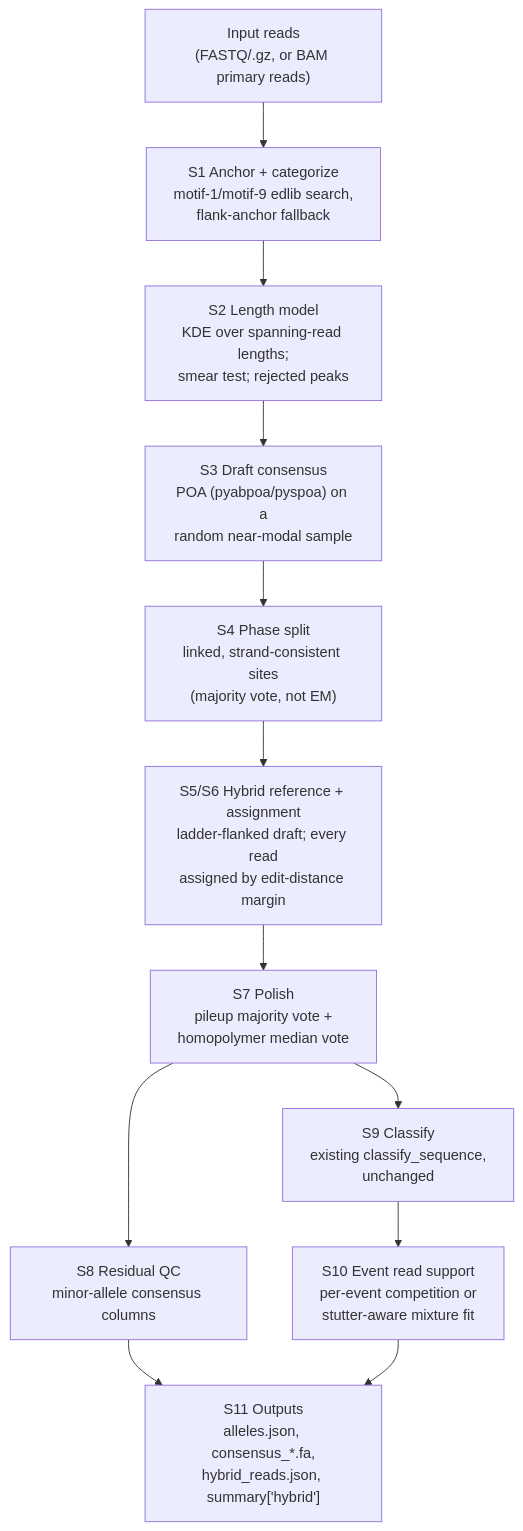
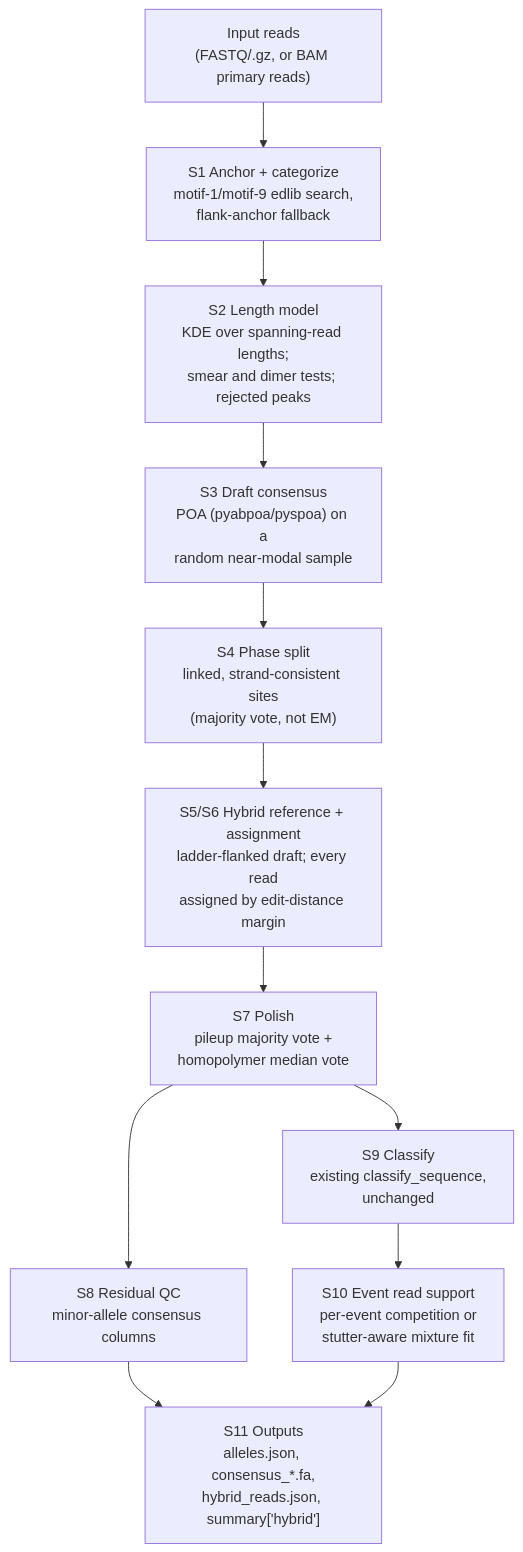
One commit to berntpopp/MucOneSpan changed the third of 3 diagrams in docs/getting-started/concepts.md. Above: the diagram before and after it, drawn with Mermaid. The commit also changed other lines of this file and 16 other files, not shown here.

````diff
--- a/docs/getting-started/concepts.md
+++ b/docs/getting-started/concepts.md
@@ -157,14 +157,14 @@
 ```mermaid
 graph TD
     A["Input reads<br/>(FASTQ/.gz, or BAM primary reads)"] --> S1["S1 Anchor + categorize<br/>motif-1/motif-9 edlib search,<br/>flank-anchor fallback"]
-    S1 --> S2["S2 Length model<br/>KDE over spanning-read lengths;<br/>smear test; rejected peaks"]
+    S1 --> S2["S2 Length model<br/>KDE over spanning-read lengths;<br/>smear and dimer tests; rejected peaks"]
     S2 --> S3["S3 Draft consensus<br/>POA (pyabpoa/pyspoa) on a<br/>random near-modal sample"]
     S3 --> S4["S4 Phase split<br/>linked, strand-consistent sites<br/>(majority vote, not EM)"]
     S4 --> S5["S5/S6 Hybrid reference + assignment<br/>ladder-flanked draft; every read<br/>assigned by edit-distance margin"]
     S5 --> S7["S7 Polish<br/>pileup majority vote +<br/>homopolymer median vote"]
     S7 --> S8["S8 Residual QC<br/>minor-allele consensus columns"]
     S7 --> S9["S9 Classify<br/>existing classify_sequence,<br/>unchanged"]
     S9 --> S10["S10 Event read support<br/>per-event competition or<br/>stutter-aware mixture fit"]
     S8 --> S11["S11 Outputs<br/>alleles.json, consensus_*.fa,<br/>hybrid_reads.json, summary['hybrid']"]
     S10 --> S11
 ```
````
